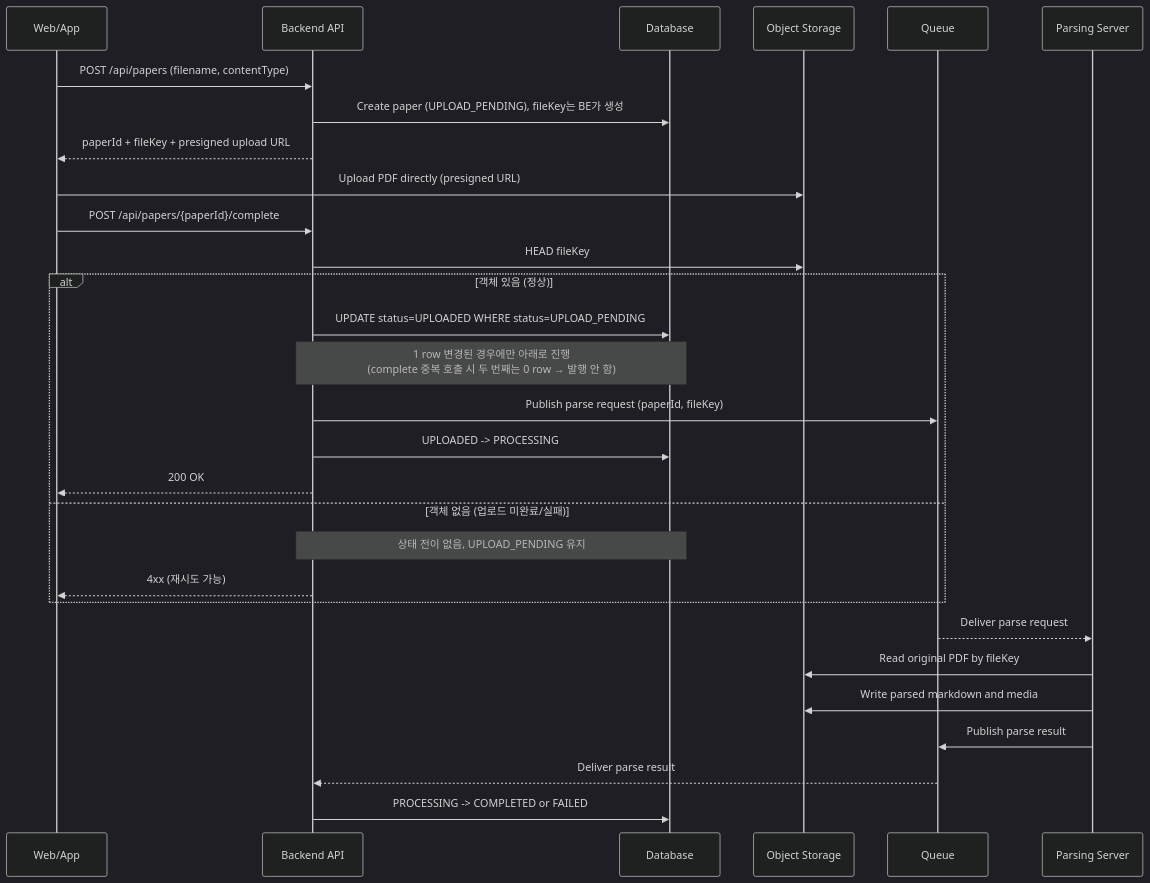
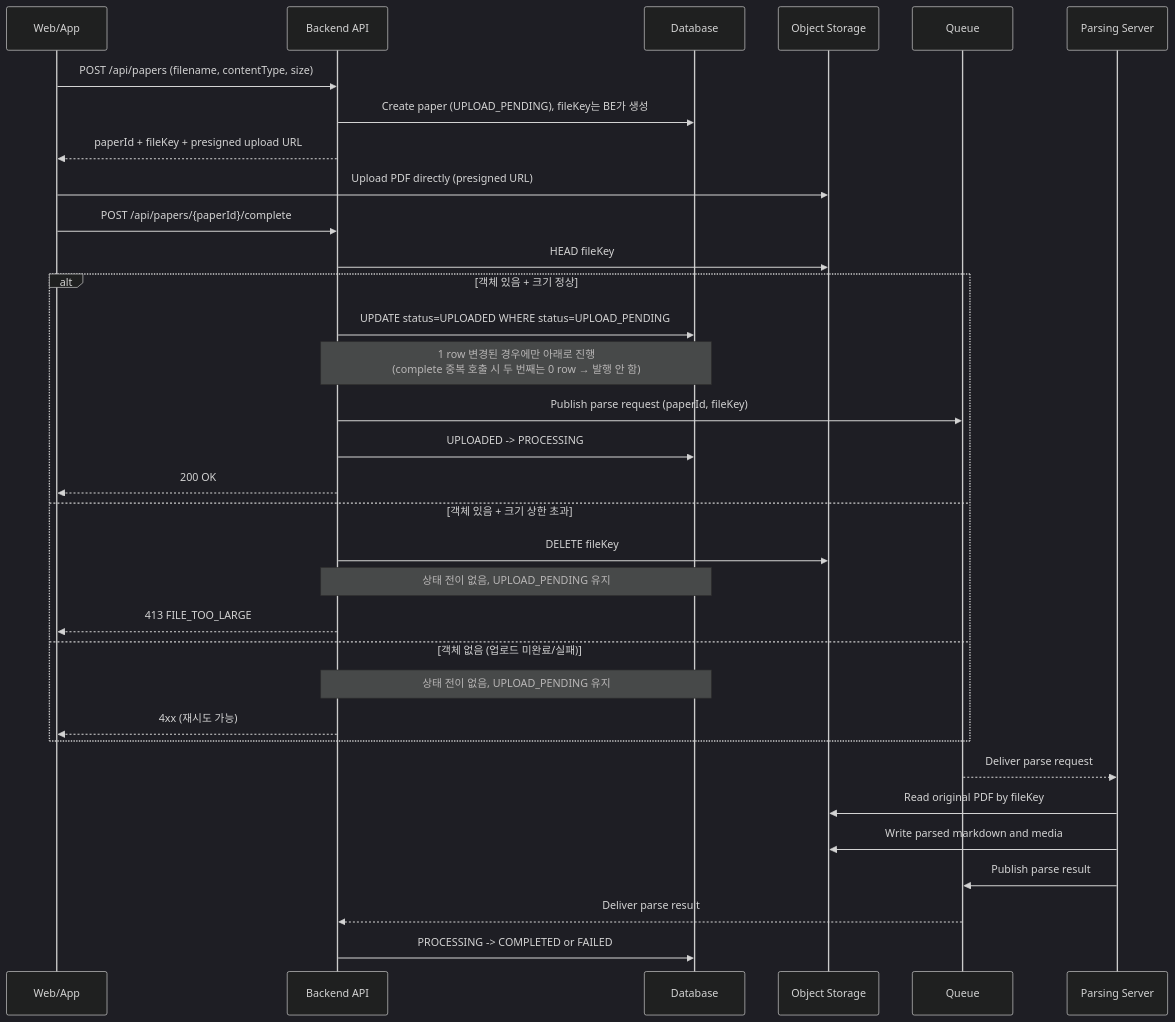
One commit to team-ymc/project-docs changed the first of 2 diagrams in decisions/ADR-001-pdf-upload-presigned-url.md. Above: the diagram before and after it, drawn with Mermaid (dark theme). The commit also changed other lines of this file and 3 other files, not shown here.

````diff
--- a/decisions/ADR-001-pdf-upload-presigned-url.md
+++ b/decisions/ADR-001-pdf-upload-presigned-url.md
@@ -75,37 +75,41 @@
 ```mermaid
 sequenceDiagram
     participant FE as Web/App
     participant BE as Backend API
     participant DB as Database
     participant S3 as Object Storage
     participant Q as Queue
     participant P as Parsing Server
 
-    FE->>BE: POST /api/papers (filename, contentType)
+    FE->>BE: POST /api/papers (filename, contentType, size)
     BE->>DB: Create paper (UPLOAD_PENDING), fileKey는 BE가 생성
     BE-->>FE: paperId + fileKey + presigned upload URL
 
     FE->>S3: Upload PDF directly (presigned URL)
 
     FE->>BE: POST /api/papers/{paperId}/complete
     BE->>S3: HEAD fileKey
 
-    alt 객체 있음 (정상)
+    alt 객체 있음 + 크기 정상
         BE->>DB: UPDATE status=UPLOADED WHERE status=UPLOAD_PENDING
         Note over BE,DB: 1 row 변경된 경우에만 아래로 진행<br/>(complete 중복 호출 시 두 번째는 0 row → 발행 안 함)
         BE->>Q: Publish parse request (paperId, fileKey)
         BE->>DB: UPLOADED -> PROCESSING
         BE-->>FE: 200 OK
+    else 객체 있음 + 크기 상한 초과
+        BE->>S3: DELETE fileKey
+        Note over BE,DB: 상태 전이 없음, UPLOAD_PENDING 유지
+        BE-->>FE: 413 FILE_TOO_LARGE
     else 객체 없음 (업로드 미완료/실패)
         Note over BE,DB: 상태 전이 없음, UPLOAD_PENDING 유지
         BE-->>FE: 4xx (재시도 가능)
     end
 
     Q-->>P: Deliver parse request
     P->>S3: Read original PDF by fileKey
     P->>S3: Write parsed markdown and media
     P->>Q: Publish parse result
 
     Q-->>BE: Deliver parse result
     BE->>DB: PROCESSING -> COMPLETED or FAILED
 ```
````
